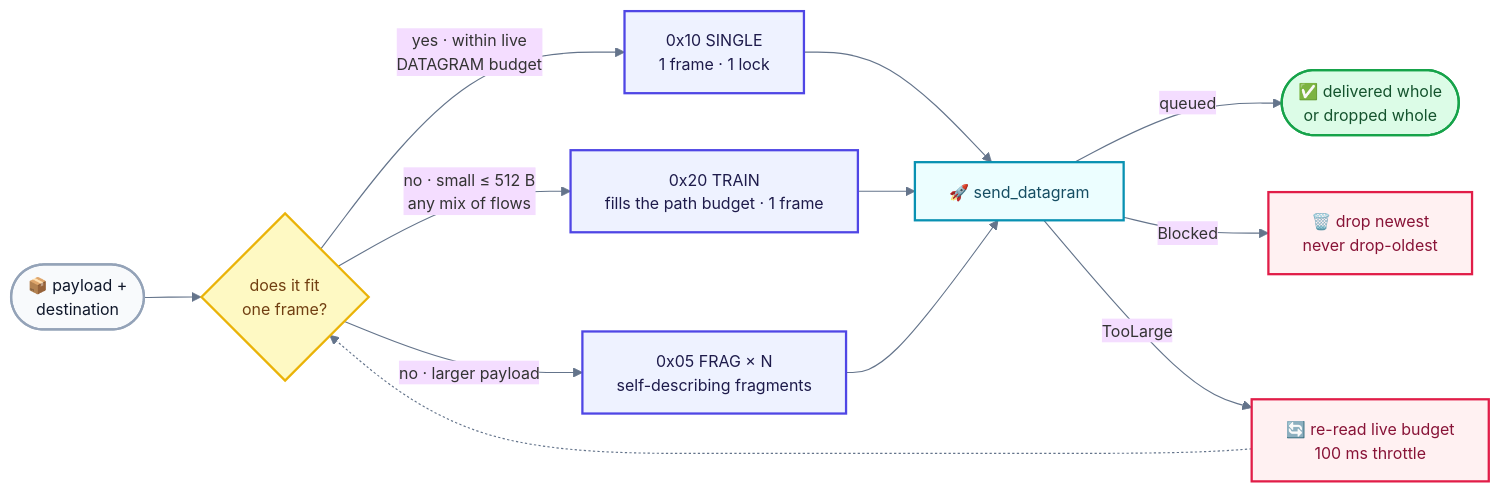
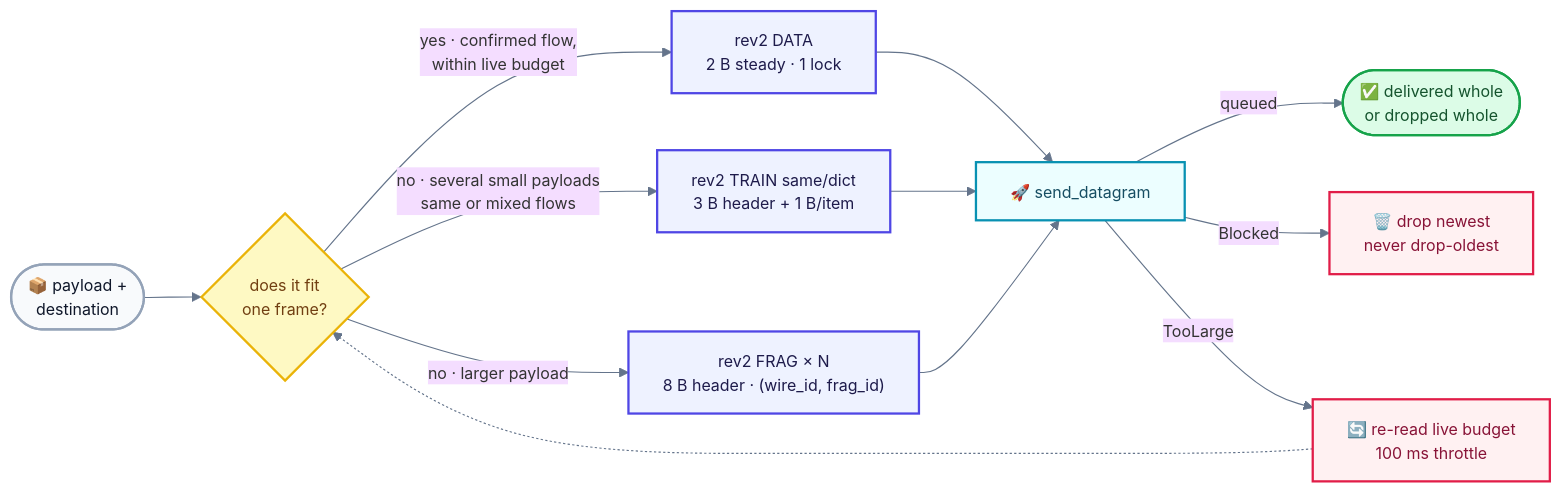
One commit to Terutoki/MyQUIC2 changed the sixth of 8 diagrams in README.md. Above: the diagram before and after it, drawn with Mermaid. The commit also changed other lines of this file and 37 other files, not shown here.

````diff
--- a/README.md
+++ b/README.md
@@ -316,26 +316,26 @@
 ```mermaid
 %%{init: {"theme":"base","themeVariables":{"fontSize":"14px","lineColor":"#64748b"}}}%%
 flowchart LR
     P(["📦 payload +<br/>destination"]) --> Q{"does it fit<br/>one frame?"}
-    Q -->|"yes · within live<br/>DATAGRAM budget"| S["0x10 SINGLE<br/>1 frame · 1 lock"]
-    Q -->|"no · small ≤ 512 B<br/>any mix of flows"| B["0x20 TRAIN<br/>fills the path budget · 1 frame"]
-    Q -->|"no · larger payload"| F["0x05 FRAG × N<br/>self-describing fragments"]
+    Q -->|"yes · confirmed flow,<br/>within live budget"| S["rev2 DATA<br/>2 B steady · 1 lock"]
+    Q -->|"no · several small payloads<br/>same or mixed flows"| B["rev2 TRAIN same/dict<br/>3 B header + 1 B/item"]
+    Q -->|"no · larger payload"| F["rev2 FRAG × N<br/>8 B header · (wire_id, frag_id)"]
     S --> SEND["🚀 send_datagram"]
     B --> SEND
     F --> SEND
     SEND -->|"queued"| OK(["✅ delivered whole<br/>or dropped whole"])
     SEND -->|"Blocked"| DROP["🗑️ drop newest<br/>never drop-oldest"]
     SEND -->|"TooLarge"| RE["🔄 re-read live budget<br/>100 ms throttle"]
     RE -.-> Q
     style P fill:#f8fafc,stroke:#94a3b8,stroke-width:2px,color:#0f172a
     classDef decision fill:#fef9c3,stroke:#eab308,stroke-width:2px,color:#713f12
     classDef frame fill:#eef2ff,stroke:#4f46e5,stroke-width:2px,color:#1e1b4b
     classDef send fill:#ecfeff,stroke:#0891b2,stroke-width:2px,color:#164e63
     classDef ok fill:#dcfce7,stroke:#16a34a,stroke-width:2px,color:#14532d
     classDef warn fill:#fff1f2,stroke:#e11d48,stroke-width:2px,color:#881337
     class Q decision
     class S,B,F frame
     class SEND send
     class OK ok
     class DROP,RE warn
 ```
````
